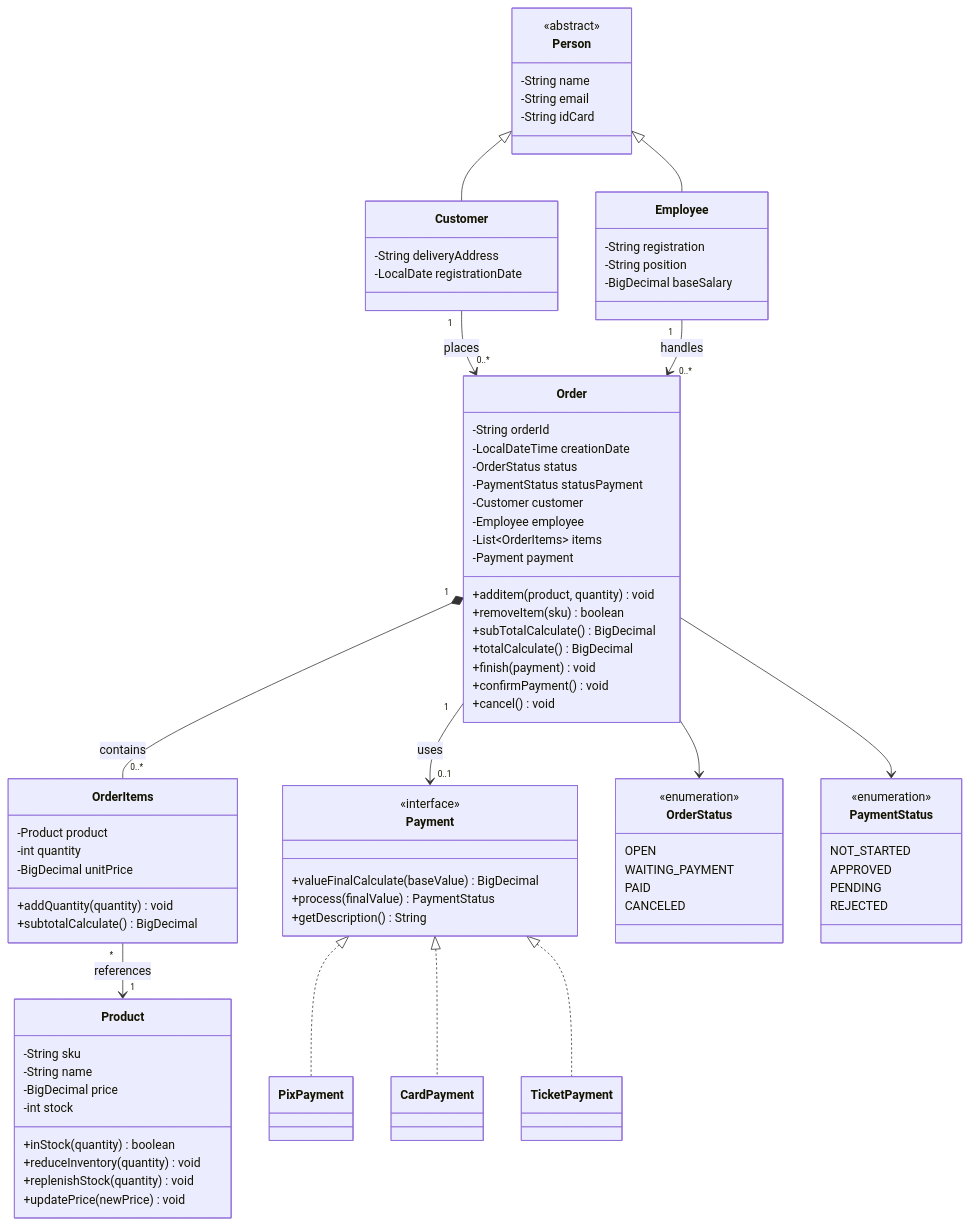
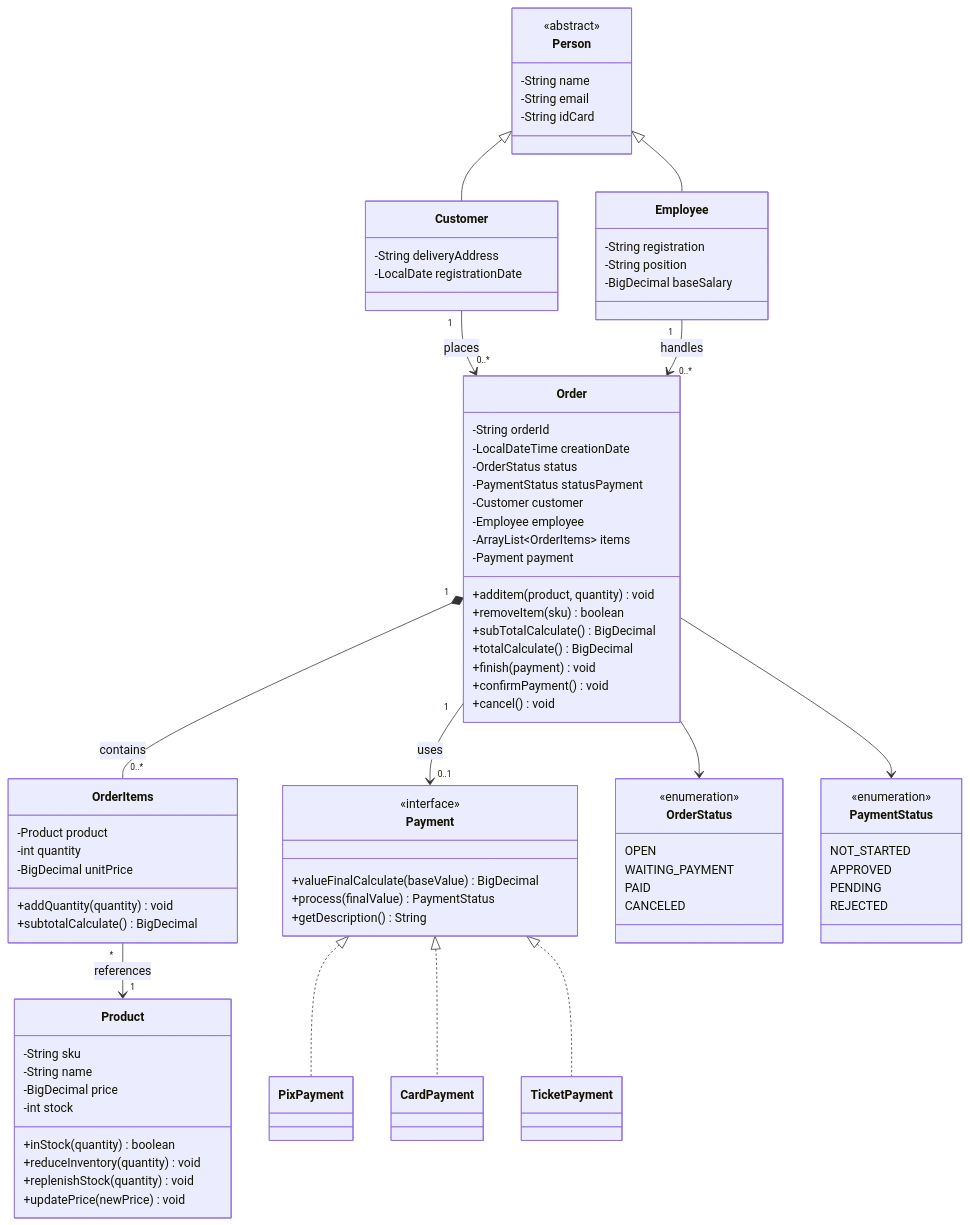
One commit to RuanLopes427/SistemaVendas changed the diagram in README.md. Above: the diagram before and after it, drawn with Mermaid. The commit also changed other lines of this file, not shown here.

```diff
--- a/README.md
+++ b/README.md
@@ -124,7 +121,7 @@
         -PaymentStatus statusPayment
         -Customer customer
         -Employee employee
-        -List~OrderItems~ items
+        -ArrayList~OrderItems~ items
         -Payment payment
         +additem(product, quantity) void
         +removeItem(sku) boolean
```
